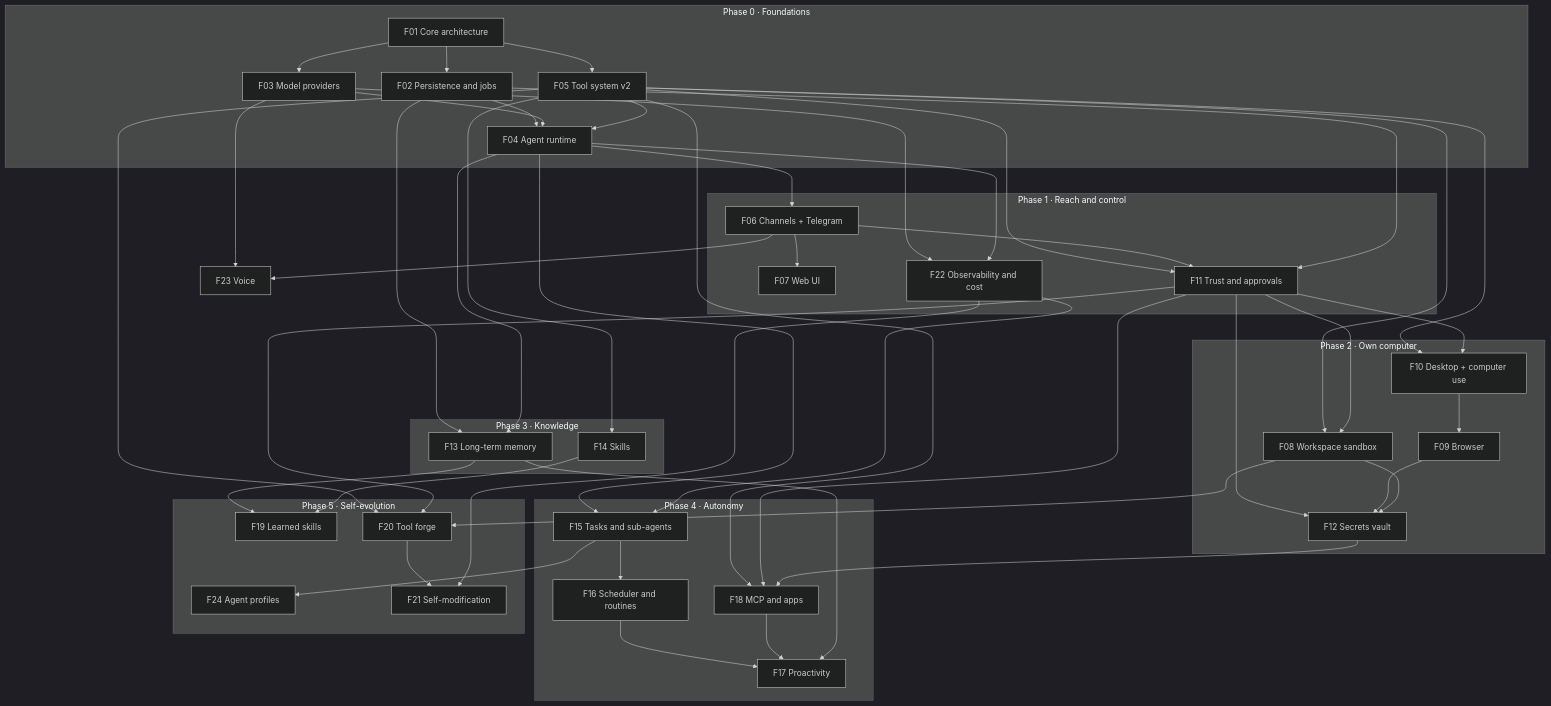
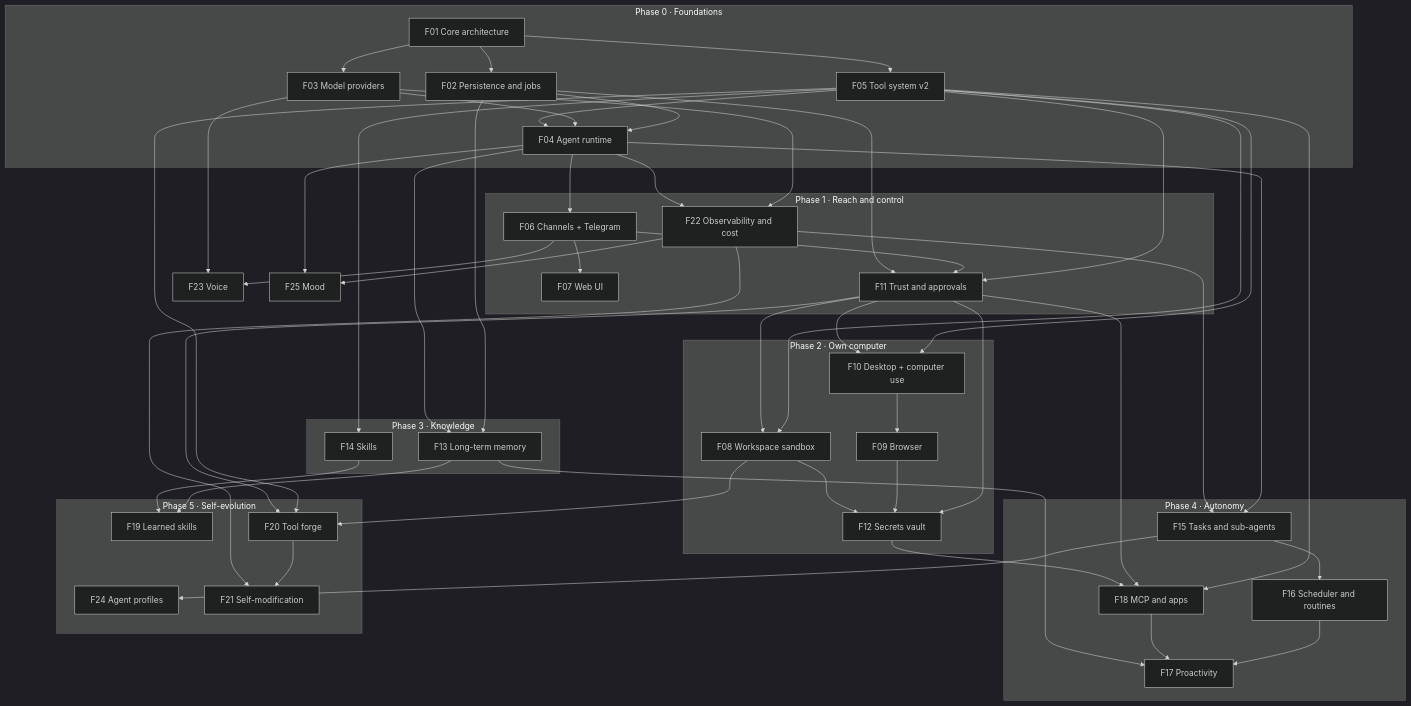
The diagram in docs/03-feature-overview.md (ggiraudon/shitsuji), drawn with Mermaid (dark theme) before and after one commit. The commit also changed other lines of this file and 8 other files, not shown here.

````diff
--- a/docs/03-feature-overview.md
+++ b/docs/03-feature-overview.md
@@ -80,60 +81,62 @@
 ```mermaid
 flowchart TD
   subgraph P0[Phase 0 · Foundations]
     F01[F01 Core architecture]
     F02[F02 Persistence and jobs]
     F03[F03 Model providers]
     F05[F05 Tool system v2]
     F04[F04 Agent runtime]
   end
   subgraph P1[Phase 1 · Reach and control]
     F06[F06 Channels + Telegram]
     F07[F07 Web UI]
     F22[F22 Observability and cost]
     F11[F11 Trust and approvals]
   end
   subgraph P2[Phase 2 · Own computer]
     F08[F08 Workspace sandbox]
     F10[F10 Desktop + computer use]
     F09[F09 Browser]
     F12[F12 Secrets vault]
   end
   subgraph P3[Phase 3 · Knowledge]
     F13[F13 Long-term memory]
     F14[F14 Skills]
   end
   subgraph P4[Phase 4 · Autonomy]
     F15[F15 Tasks and sub-agents]
     F16[F16 Scheduler and routines]
     F18[F18 MCP and apps]
     F17[F17 Proactivity]
   end
   subgraph P5[Phase 5 · Self-evolution]
     F19[F19 Learned skills]
     F20[F20 Tool forge]
     F24[F24 Agent profiles]
     F21[F21 Self-modification]
   end
   F23[F23 Voice]
+  F25[F25 Mood]
 
   F01 --> F02 & F03 & F05
   F02 & F03 & F05 --> F04
   F04 --> F06 --> F07
   F03 & F04 --> F22
   F05 & F06 & F02 --> F11
   F05 & F11 --> F08
   F05 & F11 --> F10
   F10 --> F09
   F11 & F09 & F08 --> F12
   F02 & F04 --> F13
   F05 --> F14
   F04 & F22 --> F15
   F15 --> F16
   F05 & F11 & F12 --> F18
   F16 & F18 & F13 --> F17
   F13 & F14 --> F19
   F05 & F08 & F11 --> F20
   F15 --> F24
   F20 & F22 --> F21
   F06 & F03 --> F23
+  F04 & F22 --> F25
 ```
````
